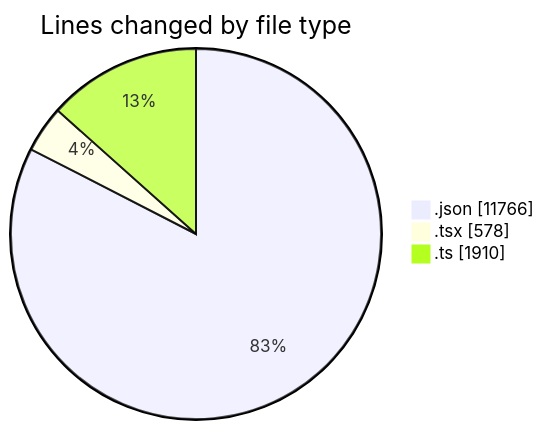
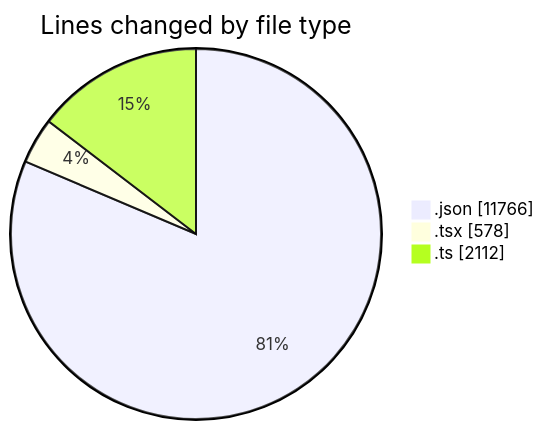
One commit to nxtqubesakshisongat/code-tracking changed the first of 2 diagrams in 2026-04-16/airfeed-analytics-dashboard/README.md. Above: the diagram before and after it, drawn with Mermaid. The commit also changed other lines of this file and 1 other file, not shown here.

````diff
--- a/2026-04-16/airfeed-analytics-dashboard/README.md
+++ b/2026-04-16/airfeed-analytics-dashboard/README.md
@@ -30,7 +31,7 @@
 ```mermaid
 pie showData
 title Lines changed by file type
 ".json" : 11766
 ".tsx" : 578
-".ts" : 1910
+".ts" : 2112
 ```
````
